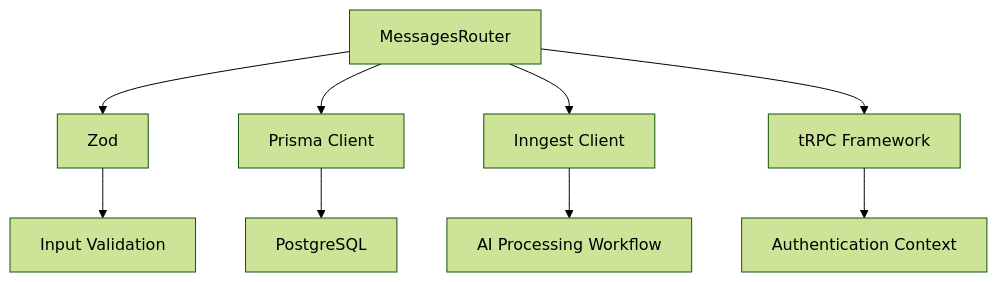
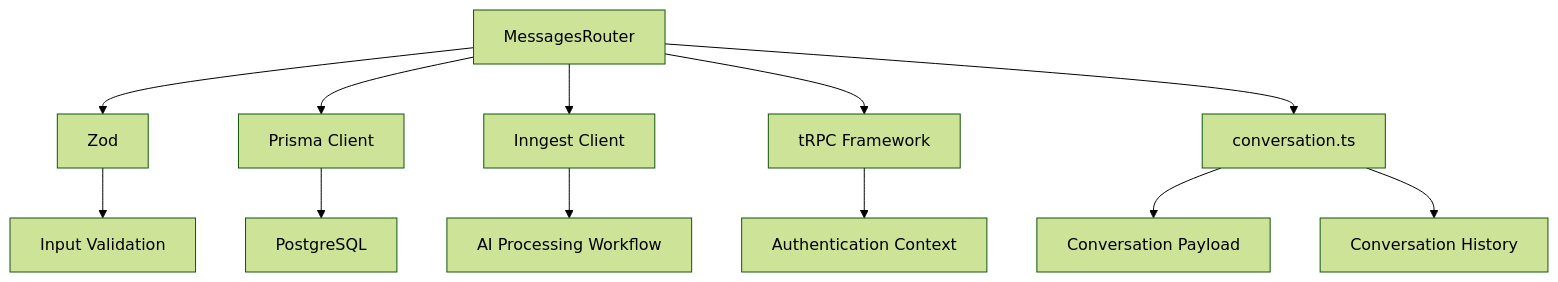
Before and after one commit to roisulimani/qai: the ninth of 9 diagrams in .qoder/repowiki/en/content/API Reference/tRPC Procedures/Messages Router/Messages Router.md, drawn with Mermaid (forest theme). The commit also changed other lines of this file and 5 other files, not shown here.

````diff
--- a/.qoder/repowiki/en/content/API Reference/tRPC Procedures/Messages Router/Messages Router.md
+++ b/.qoder/repowiki/en/content/API Reference/tRPC Procedures/Messages Router/Messages Router.md
@@ -183,11 +285,14 @@
 ```mermaid
 graph TD
 MR[MessagesRouter] --> ZOD[Zod]
 MR --> PRISMA[Prisma Client]
 MR --> INNGEST[Inngest Client]
 MR --> TRPC[tRPC Framework]
+MR --> CONV[conversation.ts]
 ZOD --> VALIDATION[Input Validation]
 PRISMA --> DB[PostgreSQL]
 INNGEST --> WORKFLOW[AI Processing Workflow]
 TRPC --> CONTEXT[Authentication Context]
+CONV --> PAYLOAD[Conversation Payload]
+CONV --> HISTORY[Conversation History]
 ```
````
